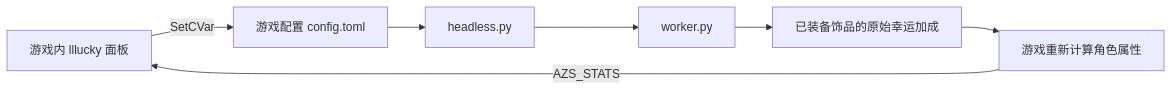
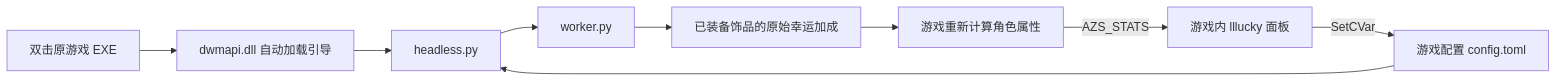
One commit to OSTnm/lllucky changed the diagram in README.md. Above: the diagram before and after it, drawn with Mermaid. The commit also changed other lines of this file and 9 other files, not shown here.

````diff
--- a/README.md
+++ b/README.md
@@ -85,9 +92,11 @@
 ```mermaid
 flowchart LR
+  X[双击原游戏 EXE] --> Y[dwmapi.dll 自动加载引导]
+  Y --> C
   A[游戏内 lllucky 面板] -->|SetCVar| B[游戏配置 config.toml]
   B --> C[headless.py]
   C --> D[worker.py]
   D --> E[已装备饰品的原始幸运加成]
   E --> F[游戏重新计算角色属性]
   F -->|AZS_STATS| A
 ```
````
